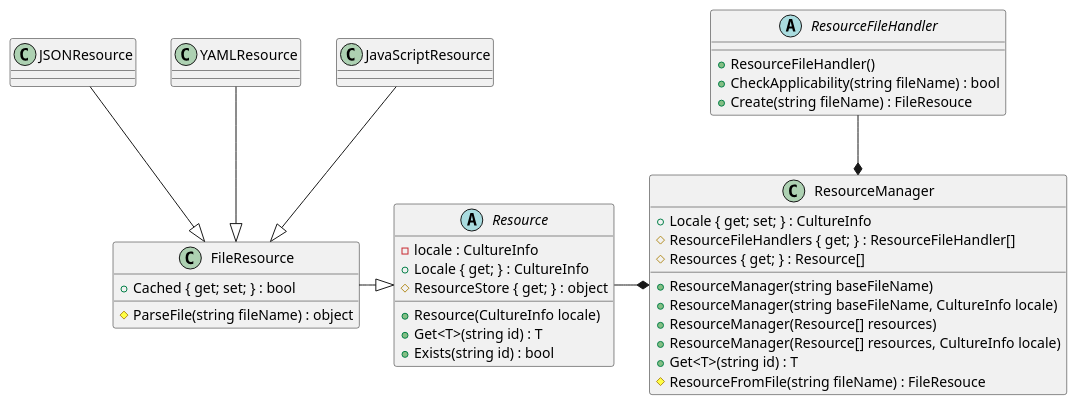
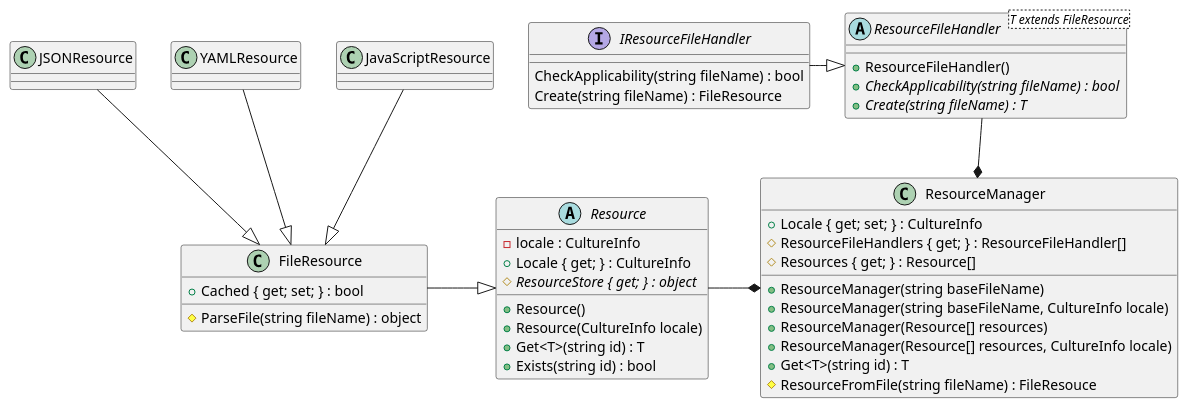
Before and after one commit to manuth/ResourceManager.js: the diagram in docs/ClassDiagram.wsd, drawn with PlantUML.

Commit message:
Rework the class-diagram

```diff
--- a/docs/ClassDiagram.wsd
+++ b/docs/ClassDiagram.wsd
@@ -1,56 +1,64 @@
 @startuml ResourceManager.js
-abstract class ResourceFileHandler
+interface IResourceFileHandler
+{
+    CheckApplicability(string fileName) : bool
+    Create(string fileName) : FileResource
+}
+
+abstract class ResourceFileHandler<T extends FileResource>
 {
     + ResourceFileHandler()
-    + CheckApplicability(string fileName) : bool
-    + Create(string fileName) : FileResouce
+    + {abstract} CheckApplicability(string fileName) : bool
+    + {abstract} Create(string fileName) : T
 }
 
 abstract class Resource
 {
     - locale : CultureInfo
+    + Resource()
     + Resource(CultureInfo locale)
     + Locale { get; } : CultureInfo
-    # ResourceStore { get; } : object
+    # {abstract} ResourceStore { get; } : object
     + Get<T>(string id) : T
     + Exists(string id) : bool
 }
 
 class ResourceManager
 {
     + ResourceManager(string baseFileName)
     + ResourceManager(string baseFileName, CultureInfo locale)
     + ResourceManager(Resource[] resources)
     + ResourceManager(Resource[] resources, CultureInfo locale)
     + Locale { get; set; } : CultureInfo
     # ResourceFileHandlers { get; } : ResourceFileHandler[]
     # Resources { get; } : Resource[]
     + Get<T>(string id) : T
     # ResourceFromFile(string fileName) : FileResouce
 }
 
 class FileResource
 {
     + Cached { get; set; } : bool
     # ParseFile(string fileName) : object
 }
 
 class JSONResource
 {
 }
 
 class YAMLResource
 {
 }
 
 class JavaScriptResource
 {
 }
 
 JSONResource --|> FileResource
 YAMLResource --|> FileResource
 JavaScriptResource --|> FileResource
 FileResource -|> Resource
 Resource -* ResourceManager
+IResourceFileHandler -|> ResourceFileHandler
 ResourceFileHandler --* ResourceManager
 @enduml
```
